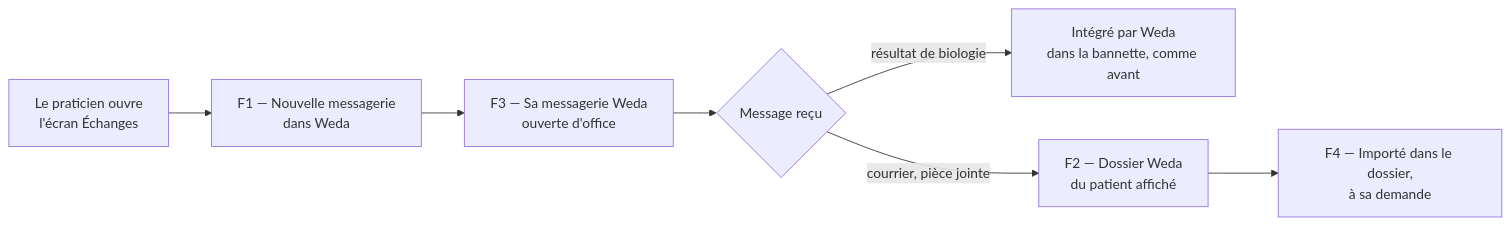
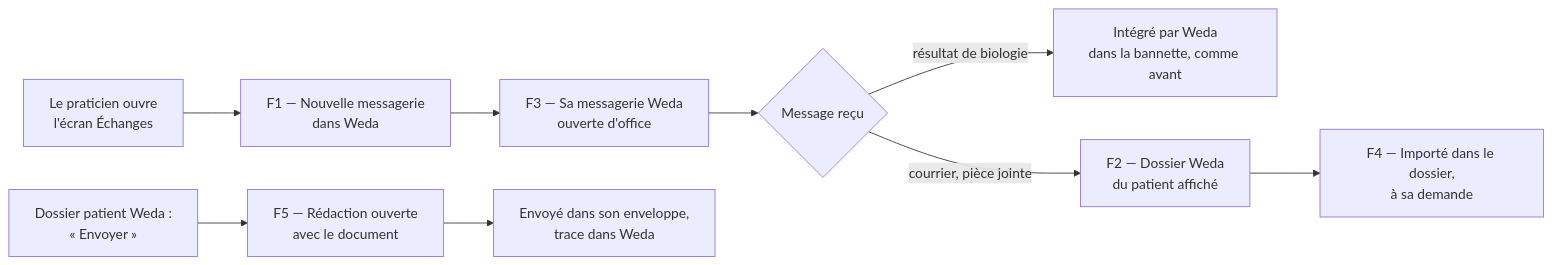
Before and after one commit to codengine-technologies/HealthPlatform.Forge: the diagram in Docs/epics/E019-integration-de-la-nouvelle-messagerie.md, drawn with Mermaid. The commit also changed other lines of this file and 3 other files, not shown here.

Commit message:
docs(E019): v1.5 — envoi d'un document du dossier patient Weda, api-mail emballe en IHE_XDM (task-367)

````diff
--- a/Docs/epics/E019-integration-de-la-nouvelle-messagerie.md
+++ b/Docs/epics/E019-integration-de-la-nouvelle-messagerie.md
@@ -86,9 +86,11 @@
 ```mermaid
 flowchart LR
     A["Le praticien ouvre<br/>l'écran Échanges"] --> F1["F1 — Nouvelle messagerie<br/>dans Weda"]
     F1 --> F3["F3 — Sa messagerie Weda<br/>ouverte d'office"]
     F3 --> R{"Message reçu"}
     R -- "résultat de biologie" --> B["Intégré par Weda<br/>dans la bannette, comme avant"]
     R -- "courrier, pièce jointe" --> F2["F2 — Dossier Weda<br/>du patient affiché"]
     F2 --> F4["F4 — Importé dans le dossier,<br/>à sa demande"]
+    D["Dossier patient Weda :<br/>« Envoyer »"] --> F5["F5 — Rédaction ouverte<br/>avec le document"]
+    F5 --> E["Envoyé dans son enveloppe,<br/>trace dans Weda"]
 ```
````
